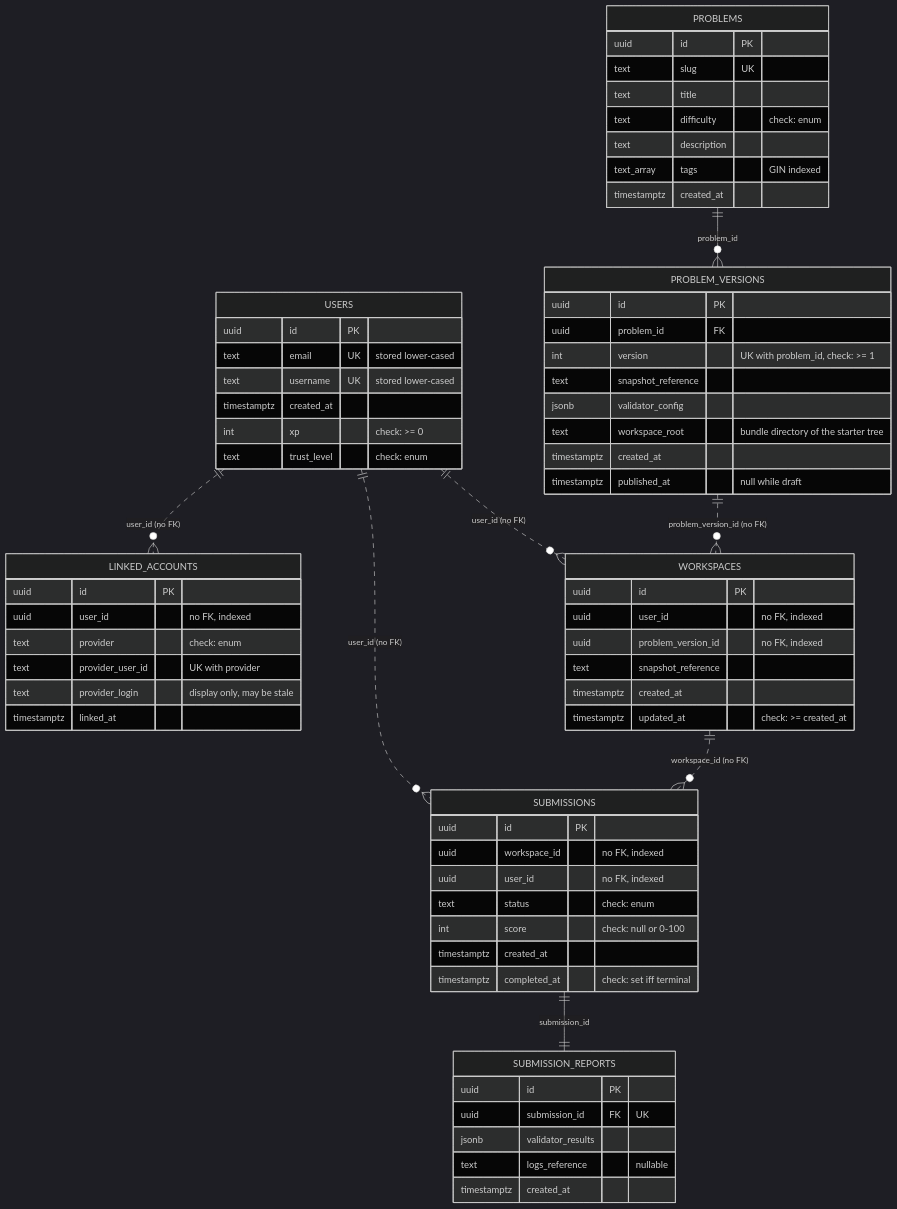
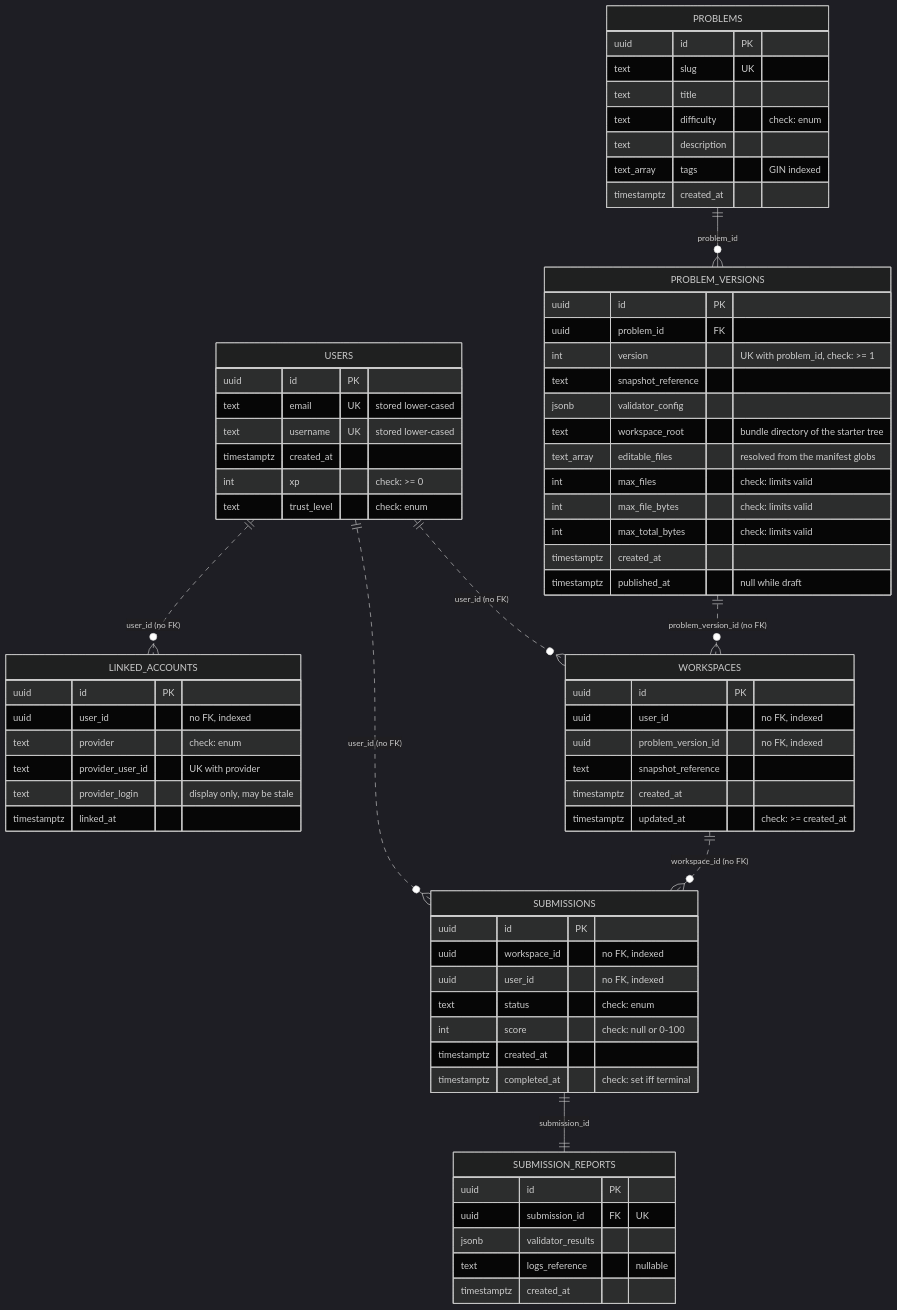
Before and after one commit to shoraLBRT/ritocode: the diagram in docs/DATABASE_SCHEMA.md, drawn with Mermaid (dark theme). The commit also changed other lines of this file and 41 other files, not shown here.

First line of the commit message:
feat: save an editable workspace file within its version's limits (#12, #36)

````diff
--- a/docs/DATABASE_SCHEMA.md
+++ b/docs/DATABASE_SCHEMA.md
@@ -24,76 +24,80 @@
 ```mermaid
 erDiagram
     USERS ||..o{ LINKED_ACCOUNTS : "user_id (no FK)"
     USERS ||..o{ WORKSPACES : "user_id (no FK)"
     USERS ||..o{ SUBMISSIONS : "user_id (no FK)"
     PROBLEMS ||--o{ PROBLEM_VERSIONS : "problem_id"
     PROBLEM_VERSIONS ||..o{ WORKSPACES : "problem_version_id (no FK)"
     WORKSPACES ||..o{ SUBMISSIONS : "workspace_id (no FK)"
     SUBMISSIONS ||--|| SUBMISSION_REPORTS : "submission_id"
 
     USERS {
         uuid id PK
         text email UK "stored lower-cased"
         text username UK "stored lower-cased"
         timestamptz created_at
         int xp "check: >= 0"
         text trust_level "check: enum"
     }
 
     LINKED_ACCOUNTS {
         uuid id PK
         uuid user_id "no FK, indexed"
         text provider "check: enum"
         text provider_user_id "UK with provider"
         text provider_login "display only, may be stale"
         timestamptz linked_at
     }
 
     PROBLEMS {
         uuid id PK
         text slug UK
         text title
         text difficulty "check: enum"
         text description
         text_array tags "GIN indexed"
         timestamptz created_at
     }
 
     PROBLEM_VERSIONS {
         uuid id PK
         uuid problem_id FK
         int version "UK with problem_id, check: >= 1"
         text snapshot_reference
         jsonb validator_config
         text workspace_root "bundle directory of the starter tree"
+        text_array editable_files "resolved from the manifest globs"
+        int max_files "check: limits valid"
+        int max_file_bytes "check: limits valid"
+        int max_total_bytes "check: limits valid"
         timestamptz created_at
         timestamptz published_at "null while draft"
     }
 
     WORKSPACES {
         uuid id PK
         uuid user_id "no FK, indexed"
         uuid problem_version_id "no FK, indexed"
         text snapshot_reference
         timestamptz created_at
         timestamptz updated_at "check: >= created_at"
     }
 
     SUBMISSIONS {
         uuid id PK
         uuid workspace_id "no FK, indexed"
         uuid user_id "no FK, indexed"
         text status "check: enum"
         int score "check: null or 0-100"
         timestamptz created_at
         timestamptz completed_at "check: set iff terminal"
     }
 
     SUBMISSION_REPORTS {
         uuid id PK
         uuid submission_id FK "UK"
         jsonb validator_results
         text logs_reference "nullable"
         timestamptz created_at
     }
 ```
````
